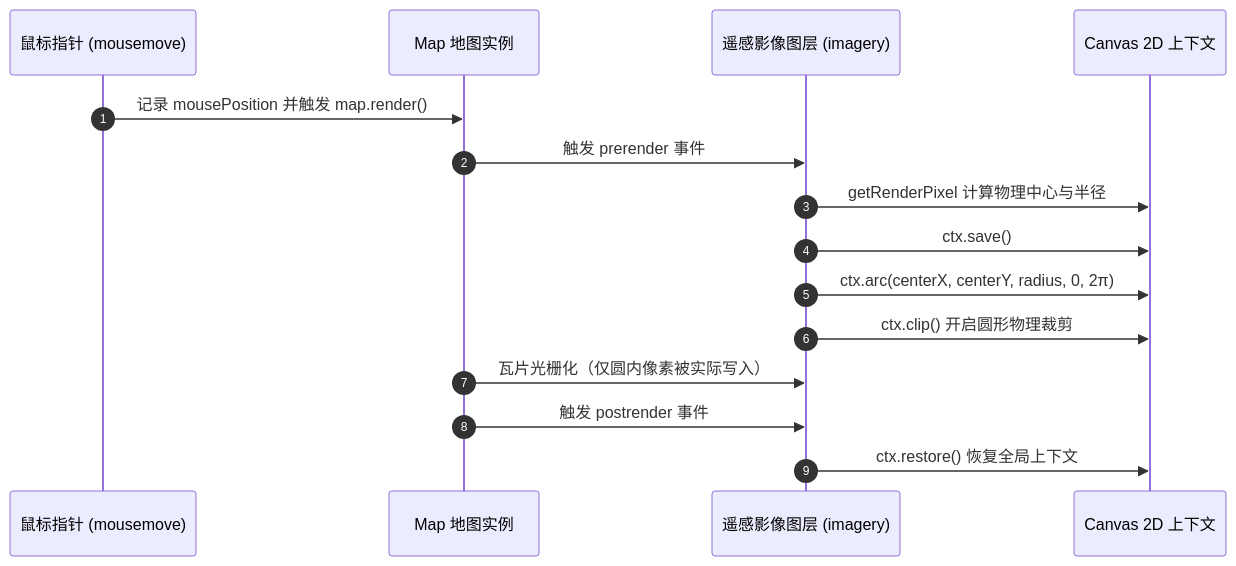
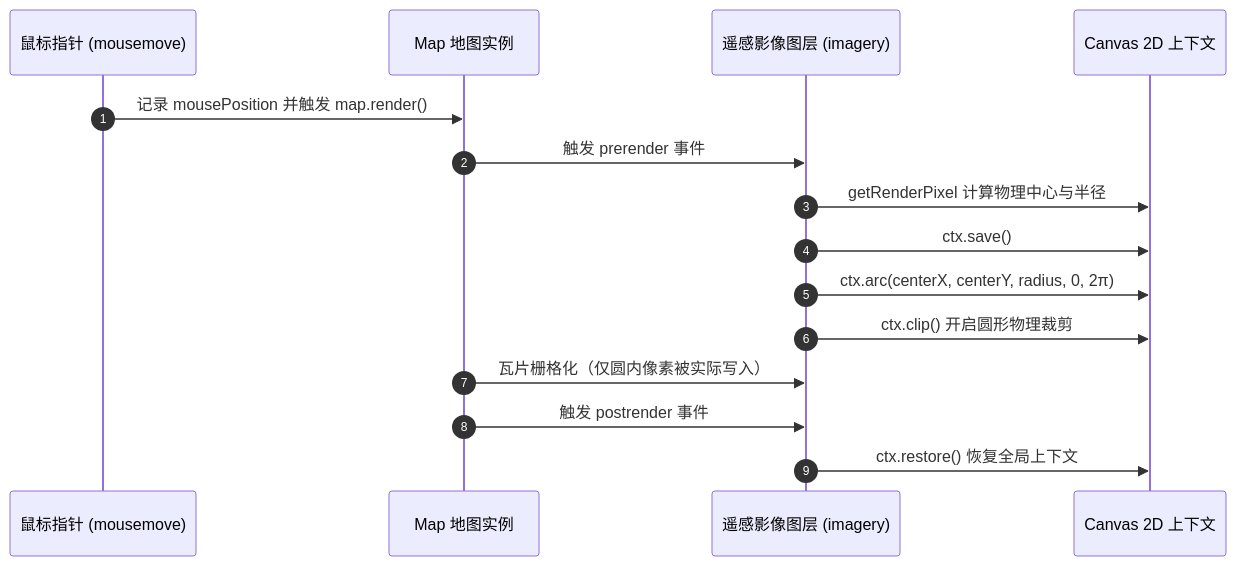
The third of 4 diagrams in site/summary/openlayers-canvas-clipping-guide.md (gisnotes/openlayers), drawn with Mermaid before and after one commit. The commit also changed other lines of this file and 150 other files, not shown here.

````diff
--- a/site/summary/openlayers-canvas-clipping-guide.md
+++ b/site/summary/openlayers-canvas-clipping-guide.md
@@ -96,18 +96,18 @@
 ```mermaid
 sequenceDiagram
     autonumber
     participant Pointer as 鼠标指针 (mousemove)
     participant Map as Map 地图实例
     participant ImgLayer as 遥感影像图层 (imagery)
     participant Canvas as Canvas 2D 上下文
 
     Pointer->>Map: 记录 mousePosition 并触发 map.render()
     Map->>ImgLayer: 触发 prerender 事件
     ImgLayer->>Canvas: getRenderPixel 计算物理中心与半径
     ImgLayer->>Canvas: ctx.save()
     ImgLayer->>Canvas: ctx.arc(centerX, centerY, radius, 0, 2π)
     ImgLayer->>Canvas: ctx.clip() 开启圆形物理裁剪
-    Map->>ImgLayer: 瓦片光栅化（仅圆内像素被实际写入）
+    Map->>ImgLayer: 瓦片栅格化（仅圆内像素被实际写入）
     Map->>ImgLayer: 触发 postrender 事件
     ImgLayer->>Canvas: ctx.restore() 恢复全局上下文
 ```
````
